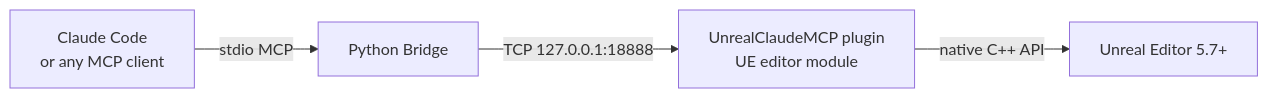
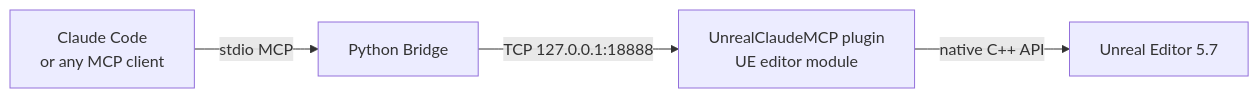
Before and after one commit to NAJEMWEHBE/unreal-ai-connection: the first of 2 diagrams in README.md, drawn with Mermaid. The commit also changed other lines of this file and 4 other files, not shown here.

````diff
--- a/README.md
+++ b/README.md
@@ -98,6 +98,6 @@
 ```mermaid
 graph LR
     A[Claude Code<br/>or any MCP client] -->|stdio MCP| B[Python Bridge]
     B -->|TCP 127.0.0.1:18888| C[UnrealClaudeMCP plugin<br/>UE editor module]
-    C -->|native C++ API| D[Unreal Editor 5.7+]
+    C -->|native C++ API| D[Unreal Editor 5.7]
 ```
````
